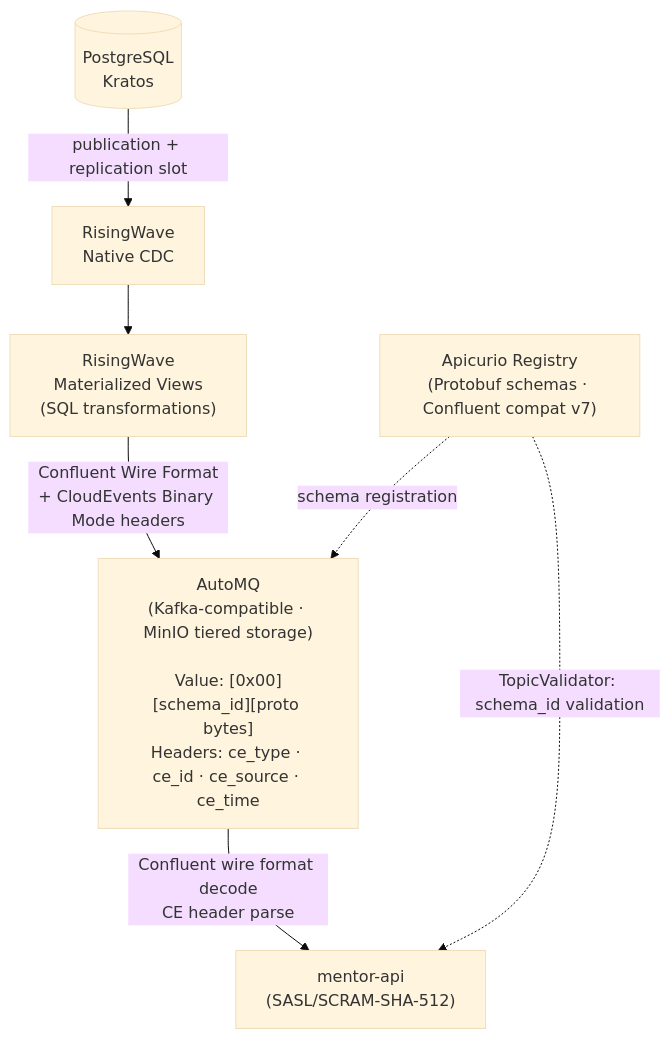
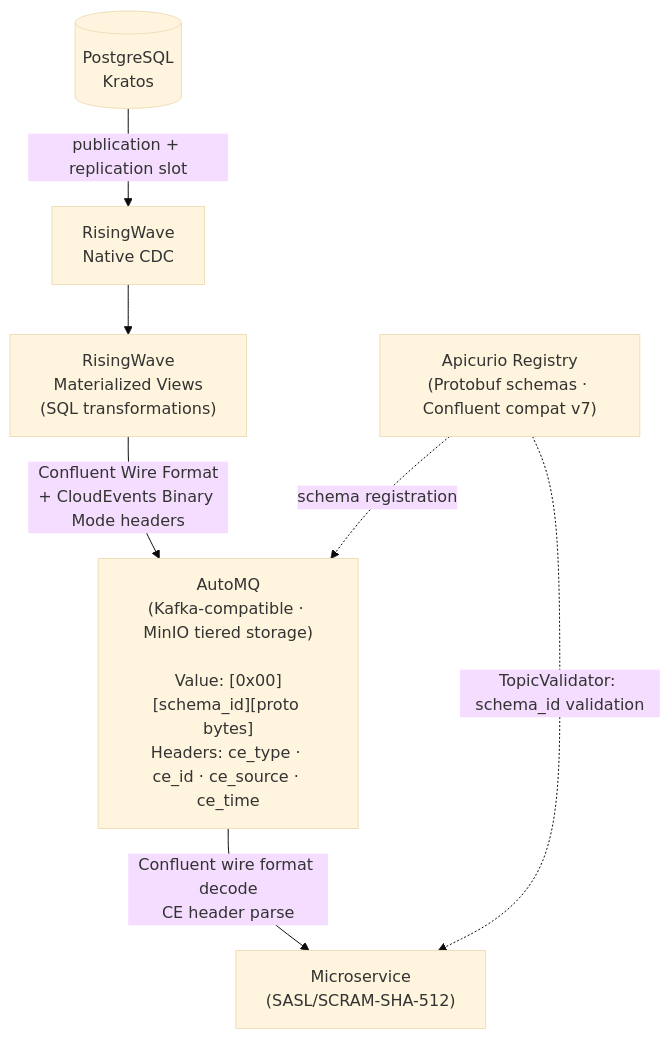
Before and after one commit to MathTrail/contracts: the diagram in README.md, drawn with Mermaid (base theme). The commit also changed other lines of this file and 1 other file, not shown here.

````diff
--- a/README.md
+++ b/README.md
@@ -16,16 +16,16 @@
 ```mermaid
 flowchart TD
     PG[(PostgreSQL\nKratos)]
     CDC[RisingWave\nNative CDC]
     MV["RisingWave\nMaterialized Views\n(SQL transformations)"]
     AMQ["AutoMQ\n(Kafka-compatible · MinIO tiered storage)\n\nValue: [0x00][schema_id][proto bytes]\nHeaders: ce_type · ce_id · ce_source · ce_time"]
     APR["Apicurio Registry\n(Protobuf schemas · Confluent compat v7)"]
-    MA["mentor-api\n(SASL/SCRAM-SHA-512)"]
+    MA["Microservice\n(SASL/SCRAM-SHA-512)"]
 
     PG -->|"publication + replication slot"| CDC
     CDC --> MV
     MV -->|"Confluent Wire Format\n+ CloudEvents Binary Mode headers"| AMQ
     APR -.->|"schema registration"| AMQ
     AMQ -->|"Confluent wire format decode\nCE header parse"| MA
     APR -.->|"TopicValidator: schema_id validation"| MA
 ```
````
